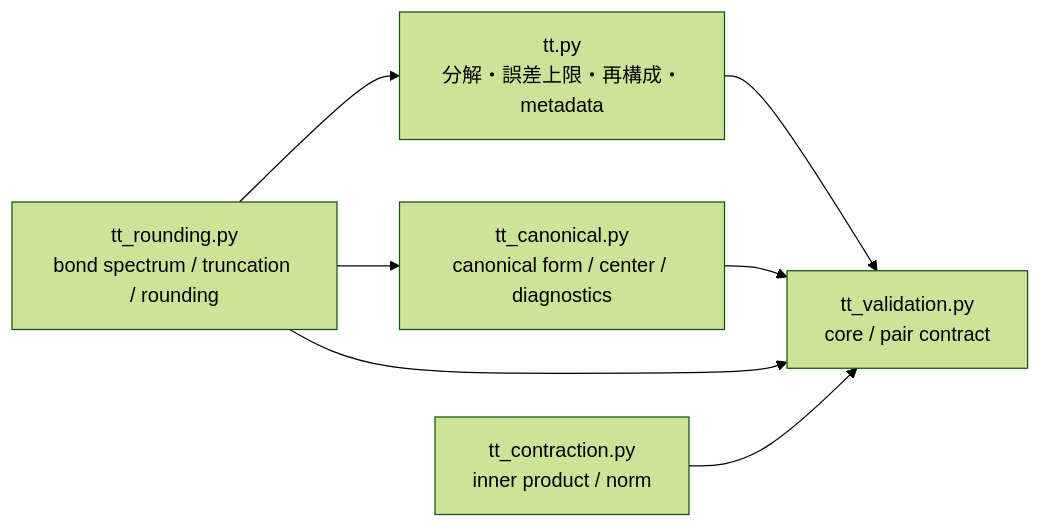
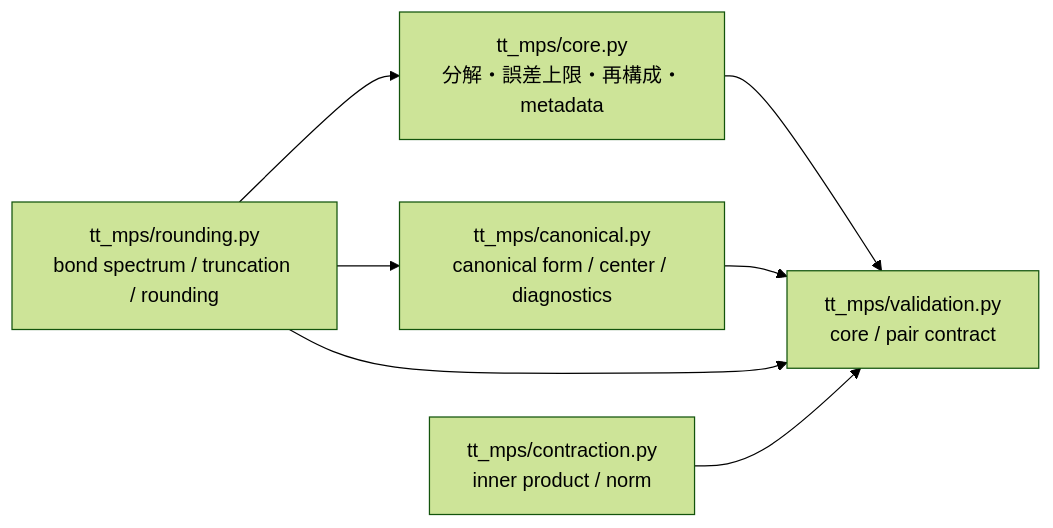
One commit to astrare2480/nn-compression-svd-dmrg changed the diagram in docs/90_src設計/01_アーキテクチャ設計.md. Above: the diagram before and after it, drawn with Mermaid (forest theme). The commit also changed other lines of this file and 494 other files, not shown here.

````diff
--- a/docs/90_src設計/01_アーキテクチャ設計.md
+++ b/docs/90_src設計/01_アーキテクチャ設計.md
@@ -305,15 +312,15 @@
 ```mermaid
 flowchart LR
-    TT["tt.py<br/>分解・誤差上限・再構成・metadata"]
-    Validation["tt_validation.py<br/>core / pair contract"]
-    Canonical["tt_canonical.py<br/>canonical form / center / diagnostics"]
-    Rounding["tt_rounding.py<br/>bond spectrum / truncation / rounding"]
-    Contraction["tt_contraction.py<br/>inner product / norm"]
+    TT["tt_mps/core.py<br/>分解・誤差上限・再構成・metadata"]
+    Validation["tt_mps/validation.py<br/>core / pair contract"]
+    Canonical["tt_mps/canonical.py<br/>canonical form / center / diagnostics"]
+    Rounding["tt_mps/rounding.py<br/>bond spectrum / truncation / rounding"]
+    Contraction["tt_mps/contraction.py<br/>inner product / norm"]
 
     TT --> Validation
     Canonical --> Validation
     Rounding --> Validation
     Rounding --> Canonical
     Rounding --> TT
     Contraction --> Validation
 ```
````
